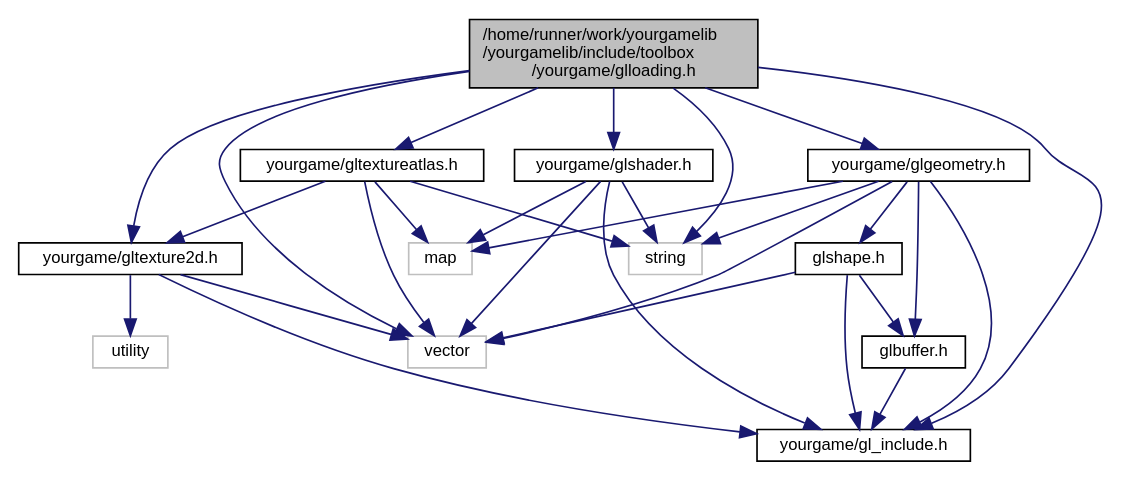
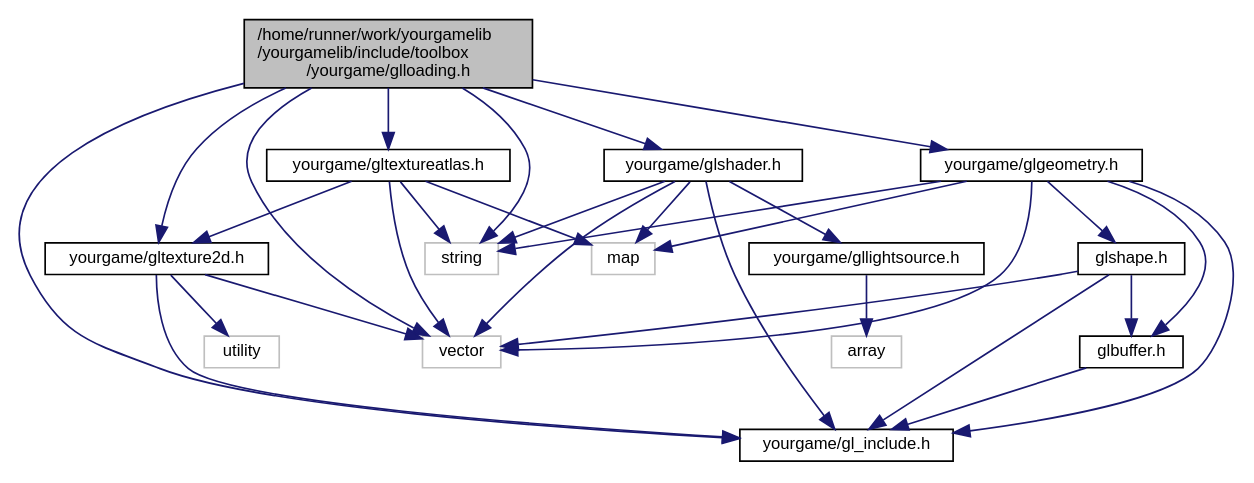
The diagram in glloading_8h__incl.dot (duddel/yourgamelib), drawn with Graphviz before and after one commit. The commit also changed 73 other files, not shown here.

```diff
--- a/glloading_8h__incl.dot
+++ b/glloading_8h__incl.dot
@@ -1,45 +1,49 @@
 digraph "/home/runner/work/yourgamelib/yourgamelib/include/toolbox/yourgame/glloading.h"
 {
   edge [fontname="Helvetica",fontsize="10",labelfontname="Helvetica",labelfontsize="10"];
   node [fontname="Helvetica",fontsize="10",shape=record];
   Node0 [label="/home/runner/work/yourgamelib\l/yourgamelib/include/toolbox\l/yourgame/glloading.h",height=0.2,width=0.4,color="black", fillcolor="grey75", style="filled", fontcolor="black"];
   Node0 -> Node1 [color="midnightblue",fontsize="10",style="solid",fontname="Helvetica"];
   Node1 [label="string",height=0.2,width=0.4,color="grey75", fillcolor="white", style="filled"];
   Node0 -> Node2 [color="midnightblue",fontsize="10",style="solid",fontname="Helvetica"];
   Node2 [label="vector",height=0.2,width=0.4,color="grey75", fillcolor="white", style="filled"];
   Node0 -> Node3 [color="midnightblue",fontsize="10",style="solid",fontname="Helvetica"];
   Node3 [label="yourgame/gl_include.h",height=0.2,width=0.4,color="black", fillcolor="white", style="filled",URL="$gl__include_8h.html"];
   Node0 -> Node4 [color="midnightblue",fontsize="10",style="solid",fontname="Helvetica"];
   Node4 [label="yourgame/glgeometry.h",height=0.2,width=0.4,color="black", fillcolor="white", style="filled",URL="$glgeometry_8h.html"];
   Node4 -> Node1 [color="midnightblue",fontsize="10",style="solid",fontname="Helvetica"];
   Node4 -> Node5 [color="midnightblue",fontsize="10",style="solid",fontname="Helvetica"];
   Node5 [label="map",height=0.2,width=0.4,color="grey75", fillcolor="white", style="filled"];
   Node4 -> Node2 [color="midnightblue",fontsize="10",style="solid",fontname="Helvetica"];
   Node4 -> Node3 [color="midnightblue",fontsize="10",style="solid",fontname="Helvetica"];
   Node4 -> Node6 [color="midnightblue",fontsize="10",style="solid",fontname="Helvetica"];
   Node6 [label="glbuffer.h",height=0.2,width=0.4,color="black", fillcolor="white", style="filled",URL="$glbuffer_8h.html"];
   Node6 -> Node3 [color="midnightblue",fontsize="10",style="solid",fontname="Helvetica"];
   Node4 -> Node7 [color="midnightblue",fontsize="10",style="solid",fontname="Helvetica"];
   Node7 [label="glshape.h",height=0.2,width=0.4,color="black", fillcolor="white", style="filled",URL="$glshape_8h.html"];
   Node7 -> Node2 [color="midnightblue",fontsize="10",style="solid",fontname="Helvetica"];
   Node7 -> Node3 [color="midnightblue",fontsize="10",style="solid",fontname="Helvetica"];
   Node7 -> Node6 [color="midnightblue",fontsize="10",style="solid",fontname="Helvetica"];
   Node0 -> Node8 [color="midnightblue",fontsize="10",style="solid",fontname="Helvetica"];
   Node8 [label="yourgame/glshader.h",height=0.2,width=0.4,color="black", fillcolor="white", style="filled",URL="$glshader_8h.html"];
   Node8 -> Node1 [color="midnightblue",fontsize="10",style="solid",fontname="Helvetica"];
   Node8 -> Node2 [color="midnightblue",fontsize="10",style="solid",fontname="Helvetica"];
   Node8 -> Node5 [color="midnightblue",fontsize="10",style="solid",fontname="Helvetica"];
   Node8 -> Node3 [color="midnightblue",fontsize="10",style="solid",fontname="Helvetica"];
-  Node0 -> Node9 [color="midnightblue",fontsize="10",style="solid",fontname="Helvetica"];
-  Node9 [label="yourgame/gltexture2d.h",height=0.2,width=0.4,color="black", fillcolor="white", style="filled",URL="$gltexture2d_8h.html"];
-  Node9 -> Node2 [color="midnightblue",fontsize="10",style="solid",fontname="Helvetica"];
+  Node8 -> Node9 [color="midnightblue",fontsize="10",style="solid",fontname="Helvetica"];
+  Node9 [label="yourgame/gllightsource.h",height=0.2,width=0.4,color="black", fillcolor="white", style="filled",URL="$gllightsource_8h.html"];
   Node9 -> Node10 [color="midnightblue",fontsize="10",style="solid",fontname="Helvetica"];
-  Node10 [label="utility",height=0.2,width=0.4,color="grey75", fillcolor="white", style="filled"];
-  Node9 -> Node3 [color="midnightblue",fontsize="10",style="solid",fontname="Helvetica"];
+  Node10 [label="array",height=0.2,width=0.4,color="grey75", fillcolor="white", style="filled"];
   Node0 -> Node11 [color="midnightblue",fontsize="10",style="solid",fontname="Helvetica"];
-  Node11 [label="yourgame/gltextureatlas.h",height=0.2,width=0.4,color="black", fillcolor="white", style="filled",URL="$gltextureatlas_8h.html"];
+  Node11 [label="yourgame/gltexture2d.h",height=0.2,width=0.4,color="black", fillcolor="white", style="filled",URL="$gltexture2d_8h.html"];
   Node11 -> Node2 [color="midnightblue",fontsize="10",style="solid",fontname="Helvetica"];
-  Node11 -> Node5 [color="midnightblue",fontsize="10",style="solid",fontname="Helvetica"];
-  Node11 -> Node1 [color="midnightblue",fontsize="10",style="solid",fontname="Helvetica"];
-  Node11 -> Node9 [color="midnightblue",fontsize="10",style="solid",fontname="Helvetica"];
+  Node11 -> Node12 [color="midnightblue",fontsize="10",style="solid",fontname="Helvetica"];
+  Node12 [label="utility",height=0.2,width=0.4,color="grey75", fillcolor="white", style="filled"];
+  Node11 -> Node3 [color="midnightblue",fontsize="10",style="solid",fontname="Helvetica"];
+  Node0 -> Node13 [color="midnightblue",fontsize="10",style="solid",fontname="Helvetica"];
+  Node13 [label="yourgame/gltextureatlas.h",height=0.2,width=0.4,color="black", fillcolor="white", style="filled",URL="$gltextureatlas_8h.html"];
+  Node13 -> Node2 [color="midnightblue",fontsize="10",style="solid",fontname="Helvetica"];
+  Node13 -> Node5 [color="midnightblue",fontsize="10",style="solid",fontname="Helvetica"];
+  Node13 -> Node1 [color="midnightblue",fontsize="10",style="solid",fontname="Helvetica"];
+  Node13 -> Node11 [color="midnightblue",fontsize="10",style="solid",fontname="Helvetica"];
 }
```
